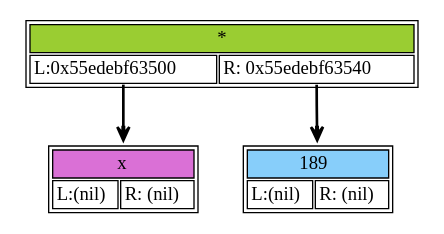
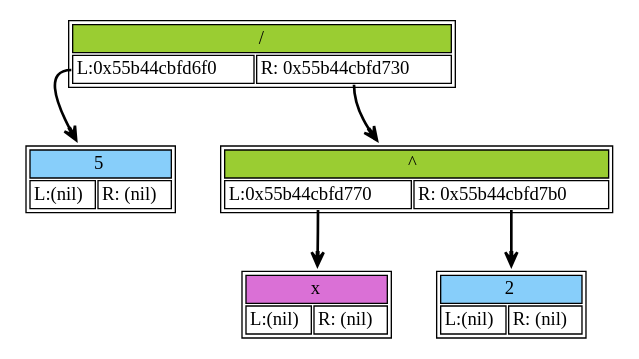
The diagram in dump/dump.dot (Varnike/differentiator), drawn with Graphviz before and after one commit. The commit also changed 9 other files, not shown here.

```diff
--- a/dump/dump.dot
+++ b/dump/dump.dot
@@ -1,20 +1,32 @@
 digraph dump_graph {
 	rankdir=TV; 
-node0x55edebf63500 [shape=plaintext
+node0x55b44cbfd6f0 [shape=plaintext
+					label=<<table border='1' cellborder='1'>
+			<tr><td colspan="2" bgcolor="lightskyblue" >5</td></tr>
+					<tr><td port= "lchild">L:(nil)</td><td port="rchild">R: (nil)</td></tr>
+				</table>>];
+node0x55b44cbfd6b0 [shape=plaintext
+					label=<<table border='1' cellborder='1'>
+			<tr><td colspan="2" bgcolor="olivedrab3" >/</td></tr>
+					<tr><td port= "lchild">L:0x55b44cbfd6f0</td><td port="rchild">R: 0x55b44cbfd730</td></tr>
+				</table>>];
+		node0x55b44cbfd6b0:lchild -> node0x55b44cbfd6f0[style=bold, arrowhead=vee];
+		node0x55b44cbfd6b0:rchild -> node0x55b44cbfd730[style=bold, arrowhead=vee];
+node0x55b44cbfd770 [shape=plaintext
 					label=<<table border='1' cellborder='1'>
 			<tr><td colspan="2" bgcolor="orchid" >x</td></tr>
 					<tr><td port= "lchild">L:(nil)</td><td port="rchild">R: (nil)</td></tr>
 				</table>>];
-node0x55edebf634c0 [shape=plaintext
+node0x55b44cbfd730 [shape=plaintext
 					label=<<table border='1' cellborder='1'>
-			<tr><td colspan="2" bgcolor="olivedrab3" >*</td></tr>
-					<tr><td port= "lchild">L:0x55edebf63500</td><td port="rchild">R: 0x55edebf63540</td></tr>
+			<tr><td colspan="2" bgcolor="olivedrab3" >^</td></tr>
+					<tr><td port= "lchild">L:0x55b44cbfd770</td><td port="rchild">R: 0x55b44cbfd7b0</td></tr>
 				</table>>];
-		node0x55edebf634c0:lchild -> node0x55edebf63500[style=bold, arrowhead=vee];
-		node0x55edebf634c0:rchild -> node0x55edebf63540[style=bold, arrowhead=vee];
-node0x55edebf63540 [shape=plaintext
+		node0x55b44cbfd730:lchild -> node0x55b44cbfd770[style=bold, arrowhead=vee];
+		node0x55b44cbfd730:rchild -> node0x55b44cbfd7b0[style=bold, arrowhead=vee];
+node0x55b44cbfd7b0 [shape=plaintext
 					label=<<table border='1' cellborder='1'>
-			<tr><td colspan="2" bgcolor="lightskyblue" >189</td></tr>
+			<tr><td colspan="2" bgcolor="lightskyblue" >2</td></tr>
 					<tr><td port= "lchild">L:(nil)</td><td port="rchild">R: (nil)</td></tr>
 				</table>>];
 }
```
